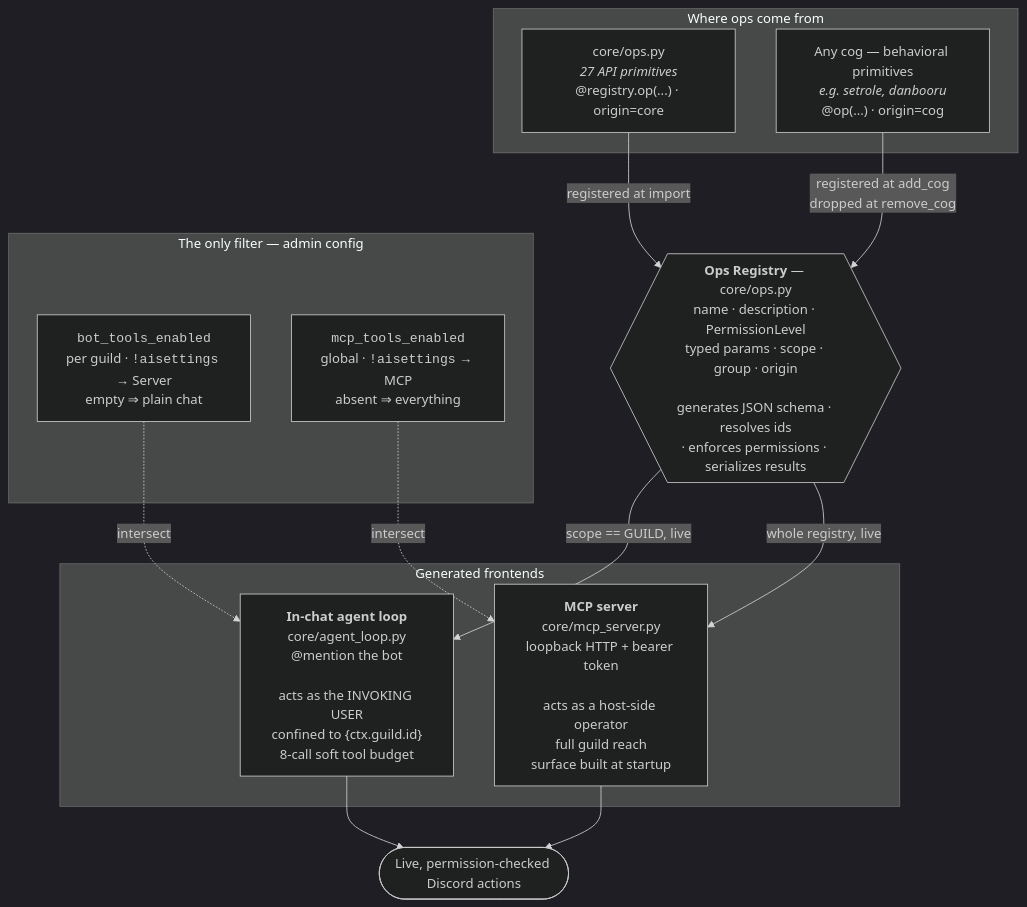
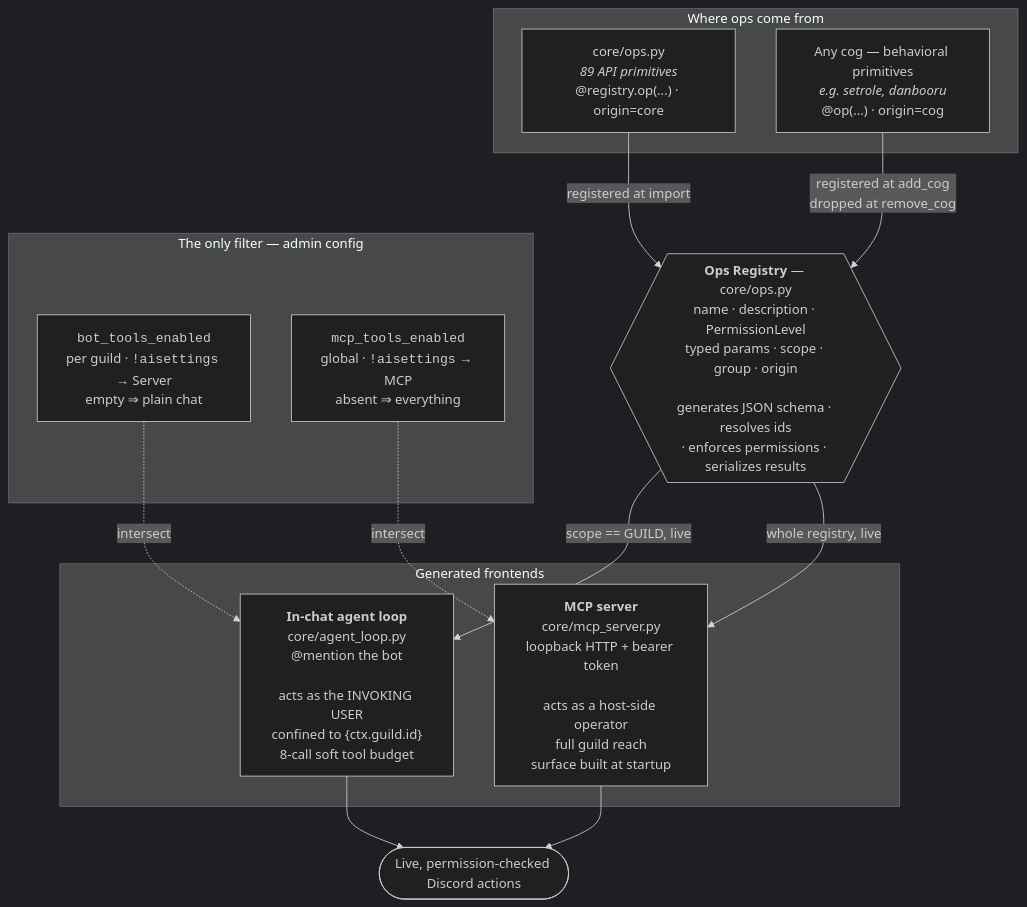
The first of 2 diagrams in README.md (dudebot/literallybot), drawn with Mermaid (dark theme) before and after one commit. The commit also changed other lines of this file and 4 other files, not shown here.

````diff
--- a/README.md
+++ b/README.md
@@ -79,31 +79,31 @@
 ```mermaid
 flowchart TB
     subgraph SRC["Where ops come from"]
-        CORE["core/ops.py<br/><i>27 API primitives</i><br/>@registry.op(...) · origin=core"]
+        CORE["core/ops.py<br/><i>89 API primitives</i><br/>@registry.op(...) · origin=core"]
         COG["Any cog — behavioral primitives<br/><i>e.g. setrole, danbooru</i><br/>@op(...) · origin=cog"]
     end
 
     REG{{"<b>Ops Registry</b> — core/ops.py<br/>name · description · PermissionLevel<br/>typed params · scope · group · origin<br/><br/>generates JSON schema · resolves ids<br/>· enforces permissions · serializes results"}}
 
     CORE -->|"registered at import"| REG
     COG -->|"registered at add_cog<br/>dropped at remove_cog"| REG
 
     subgraph FE["Generated frontends"]
         AGENT["<b>In-chat agent loop</b><br/>core/agent_loop.py<br/>@mention the bot<br/><br/>acts as the INVOKING USER<br/>confined to {ctx.guild.id}<br/>8-call soft tool budget"]
         MCP["<b>MCP server</b><br/>core/mcp_server.py<br/>loopback HTTP + bearer token<br/><br/>acts as a host-side operator<br/>full guild reach<br/>surface built at startup"]
     end
 
     REG -->|"scope == GUILD, live"| AGENT
     REG -->|"whole registry, live"| MCP
 
     subgraph CFG["The only filter — admin config"]
         BT["<code>bot_tools_enabled</code><br/>per guild · <code>!aisettings</code> → Server<br/>empty ⇒ plain chat"]
         MT["<code>mcp_tools_enabled</code><br/>global · <code>!aisettings</code> → MCP<br/>absent ⇒ everything"]
     end
 
     BT -.->|"intersect"| AGENT
     MT -.->|"intersect"| MCP
 
     AGENT --> OUT(["Live, permission-checked Discord actions"])
     MCP --> OUT
 ```
````
